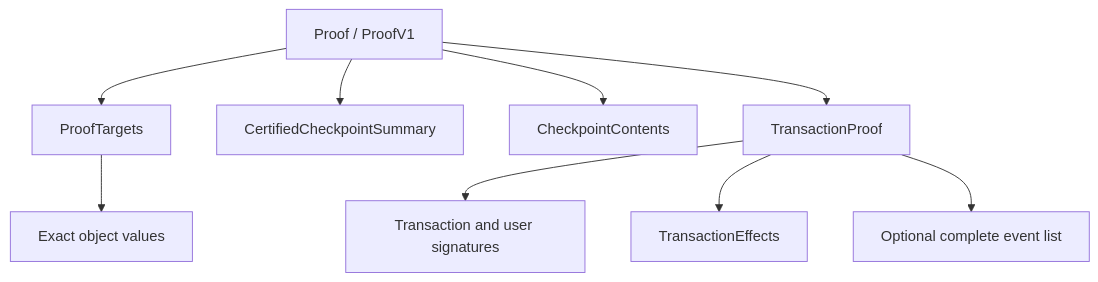
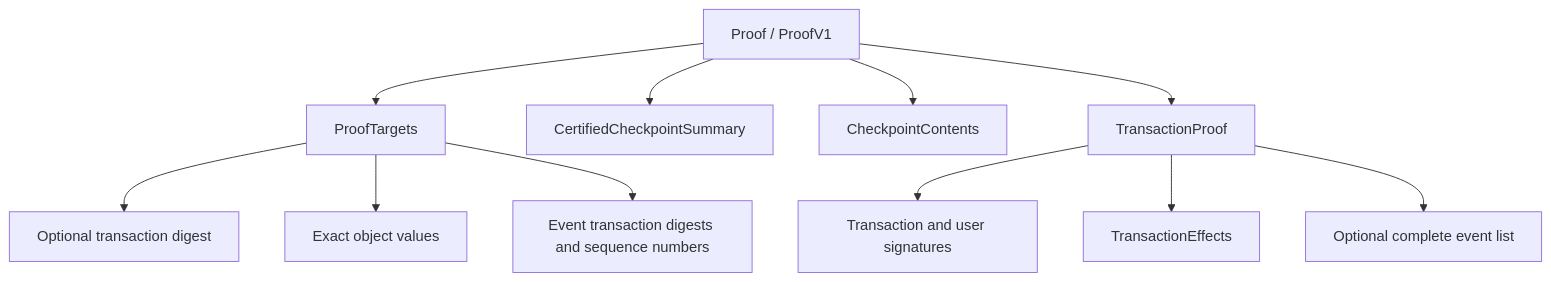
Before and after one commit to iotaledger/iota: the diagram in docs/content/developer/iota-notarization/proof-of-inclusion/explanations/proof-model.mdx, drawn with Mermaid. The commit also changed other lines of this file and 31 other files, not shown here.

````diff
--- a/docs/content/developer/iota-notarization/proof-of-inclusion/explanations/proof-model.mdx
+++ b/docs/content/developer/iota-notarization/proof-of-inclusion/explanations/proof-model.mdx
@@ -16,21 +18,25 @@
 ```mermaid
 flowchart TD
     Proof[Proof / ProofV1]
     Targets[ProofTargets]
     Summary[CertifiedCheckpointSummary]
     Contents[CheckpointContents]
     Transaction[TransactionProof]
     Tx[Transaction and user signatures]
     Effects[TransactionEffects]
     Events[Optional complete event list]
+    TransactionTarget[Optional transaction digest]
     Objects[Exact object values]
+    EventTargets[Event transaction digests and sequence numbers]
 
     Proof --> Targets
     Proof --> Summary
     Proof --> Contents
     Proof --> Transaction
+    Targets --> TransactionTarget
     Targets --> Objects
+    Targets --> EventTargets
     Transaction --> Tx
     Transaction --> Effects
     Transaction --> Events
 ```
````
